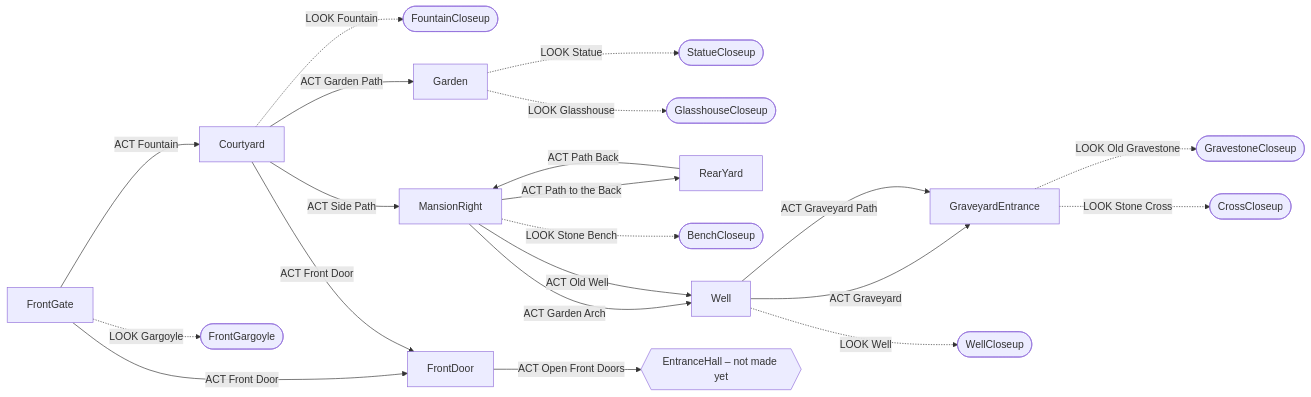
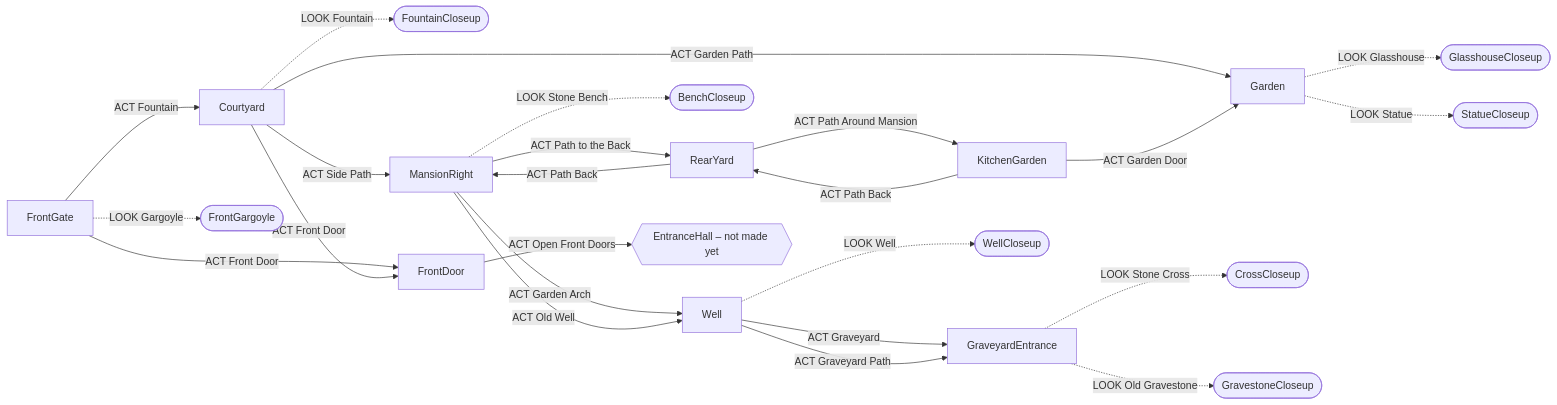
One commit to jamesmcmahondk-oss/The-Mansion changed the diagram in SCENES.md. Above: the diagram before and after it, drawn with Mermaid. The commit also changed other lines of this file and 6 other files, not shown here.

First line of the commit message:
Add the Kitchen Garden; close the loop around the Mansion

````diff
--- a/SCENES.md
+++ b/SCENES.md
@@ -9,40 +9,44 @@
 ```mermaid
 flowchart LR
     FrontGate["FrontGate"]
     FountainCloseup(["FountainCloseup"])
     Courtyard["Courtyard"]
     Garden["Garden"]
     StatueCloseup(["StatueCloseup"])
     GlasshouseCloseup(["GlasshouseCloseup"])
     MansionRight["MansionRight"]
     RearYard["RearYard"]
+    KitchenGarden["KitchenGarden"]
     BenchCloseup(["BenchCloseup"])
     Well["Well"]
     GraveyardEntrance["GraveyardEntrance"]
     WellCloseup(["WellCloseup"])
     CrossCloseup(["CrossCloseup"])
     GravestoneCloseup(["GravestoneCloseup"])
     FrontGargoyle(["FrontGargoyle"])
     FrontDoor["FrontDoor"]
     FrontGate -->|ACT Fountain| Courtyard
     FrontGate -->|ACT Front Door| FrontDoor
     FrontGate -.->|LOOK Gargoyle| FrontGargoyle
     Courtyard -.->|LOOK Fountain| FountainCloseup
     Courtyard -->|ACT Front Door| FrontDoor
     Courtyard -->|ACT Garden Path| Garden
     Courtyard -->|ACT Side Path| MansionRight
     Garden -.->|LOOK Glasshouse| GlasshouseCloseup
     Garden -.->|LOOK Statue| StatueCloseup
     MansionRight -->|ACT Garden Arch| Well
     MansionRight -->|ACT Path to the Back| RearYard
     MansionRight -->|ACT Old Well| Well
     MansionRight -.->|LOOK Stone Bench| BenchCloseup
     RearYard -->|ACT Path Back| MansionRight
+    RearYard -->|ACT Path Around Mansion| KitchenGarden
+    KitchenGarden -->|ACT Garden Door| Garden
+    KitchenGarden -->|ACT Path Back| RearYard
     Well -.->|LOOK Well| WellCloseup
     Well -->|ACT Graveyard| GraveyardEntrance
     Well -->|ACT Graveyard Path| GraveyardEntrance
     GraveyardEntrance -.->|LOOK Old Gravestone| GravestoneCloseup
     GraveyardEntrance -.->|LOOK Stone Cross| CrossCloseup
     FrontDoor -->|ACT Open Front Doors| EntranceHall
     EntranceHall{{"EntranceHall – not made yet"}}
 ```
````
